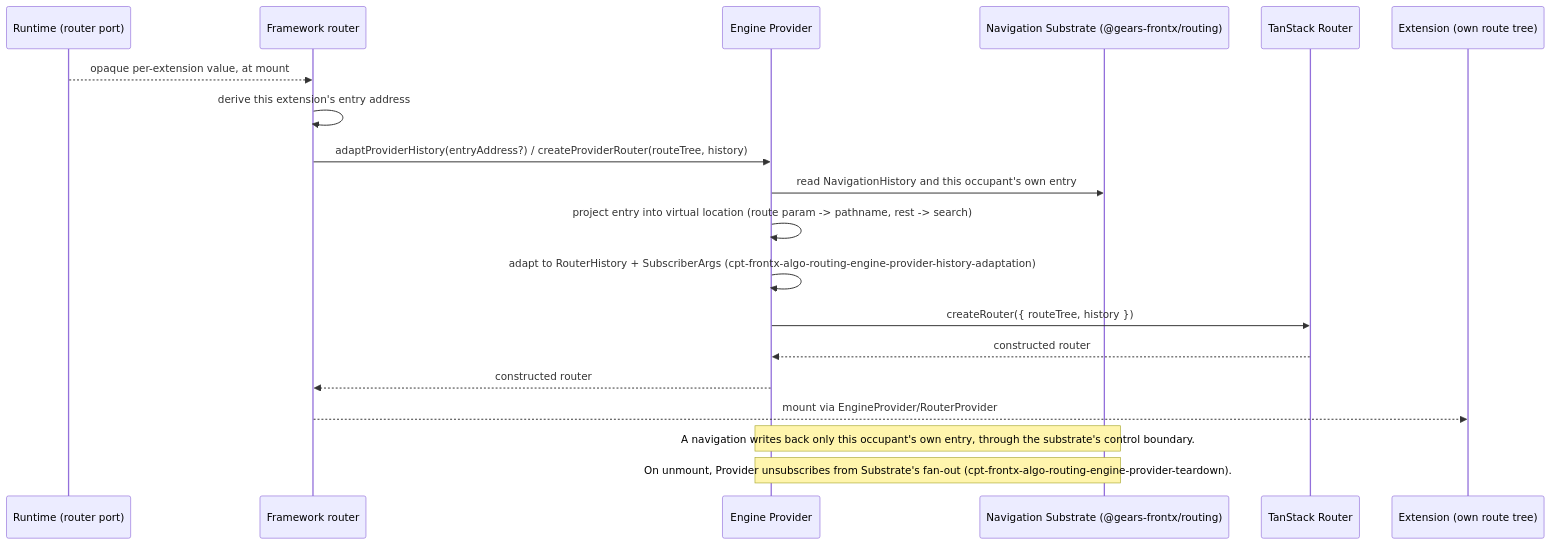
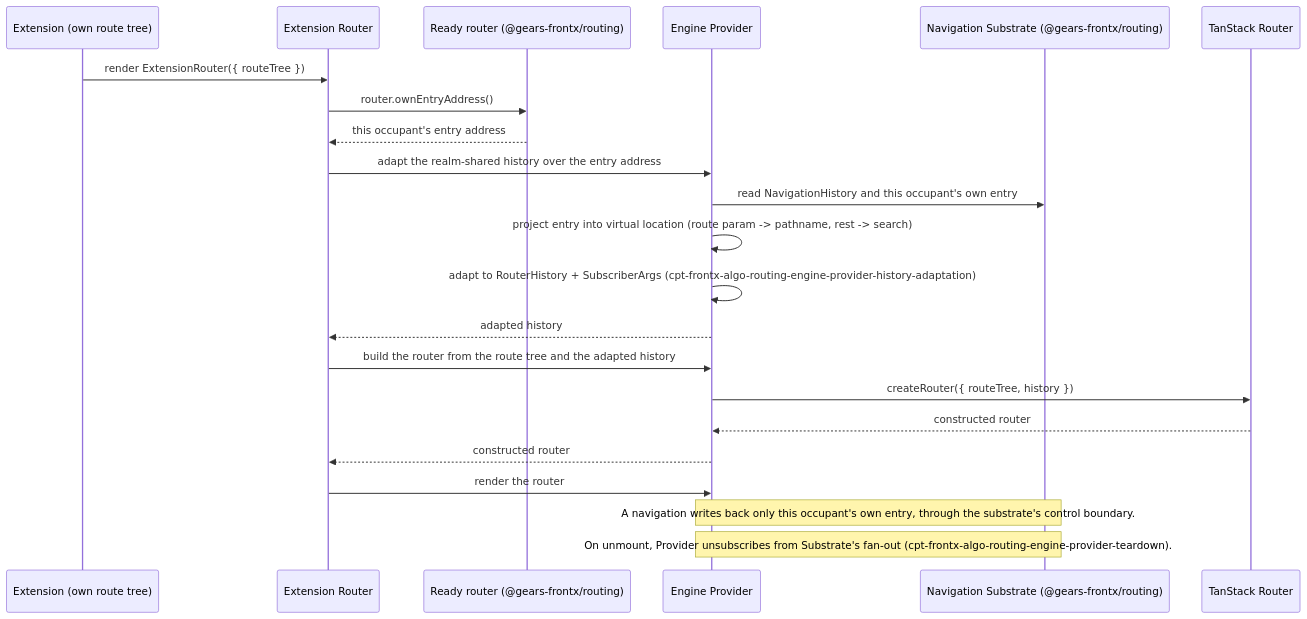
The second of 2 diagrams in packages/routing-tanstack/architecture/DESIGN.md (GeraBart/gears-frontx), drawn with Mermaid before and after one commit. The commit also changed other lines of this file and 131 other files, not shown here.

Commit message:
feat: move the FrontX router into @gears-frontx/routing behind an abstract RouterPort

````diff
--- a/packages/routing-tanstack/architecture/DESIGN.md
+++ b/packages/routing-tanstack/architecture/DESIGN.md
@@ -216,21 +267,24 @@
 ```mermaid
 sequenceDiagram
-    participant Runtime as Runtime (router port)
-    participant Framework as Framework router
+    participant MFE as Extension (own route tree)
+    participant Ext as Extension Router
+    participant Router as Ready router (@gears-frontx/routing)
     participant Provider as Engine Provider
     participant Substrate as Navigation Substrate (@gears-frontx/routing)
     participant Engine as TanStack Router
-    participant MFE as Extension (own route tree)
-    Runtime-->>Framework: opaque per-extension value, at mount
-    Framework->>Framework: derive this extension's entry address
-    Framework->>Provider: adaptProviderHistory(entryAddress?) / createProviderRouter(routeTree, history)
+    MFE->>Ext: render ExtensionRouter({ routeTree })
+    Ext->>Router: router.ownEntryAddress()
+    Router-->>Ext: this occupant's entry address
+    Ext->>Provider: adapt the realm-shared history over the entry address
     Provider->>Substrate: read NavigationHistory and this occupant's own entry
     Provider->>Provider: project entry into virtual location (route param -> pathname, rest -> search)
     Provider->>Provider: adapt to RouterHistory + SubscriberArgs (cpt-frontx-algo-routing-engine-provider-history-adaptation)
+    Provider-->>Ext: adapted history
+    Ext->>Provider: build the router from the route tree and the adapted history
     Provider->>Engine: createRouter({ routeTree, history })
     Engine-->>Provider: constructed router
-    Provider-->>Framework: constructed router
-    Framework-->>MFE: mount via EngineProvider/RouterProvider
+    Provider-->>Ext: constructed router
+    Ext->>Provider: render the router
     Note over Provider,Substrate: A navigation writes back only this occupant's own entry, through the substrate's control boundary.
     Note over Provider,Substrate: On unmount, Provider unsubscribes from Substrate's fan-out (cpt-frontx-algo-routing-engine-provider-teardown).
 ```
````
